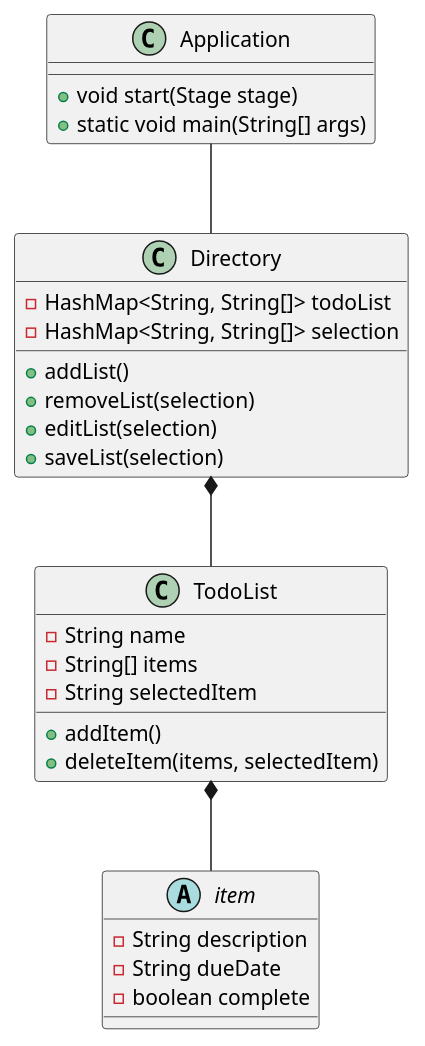
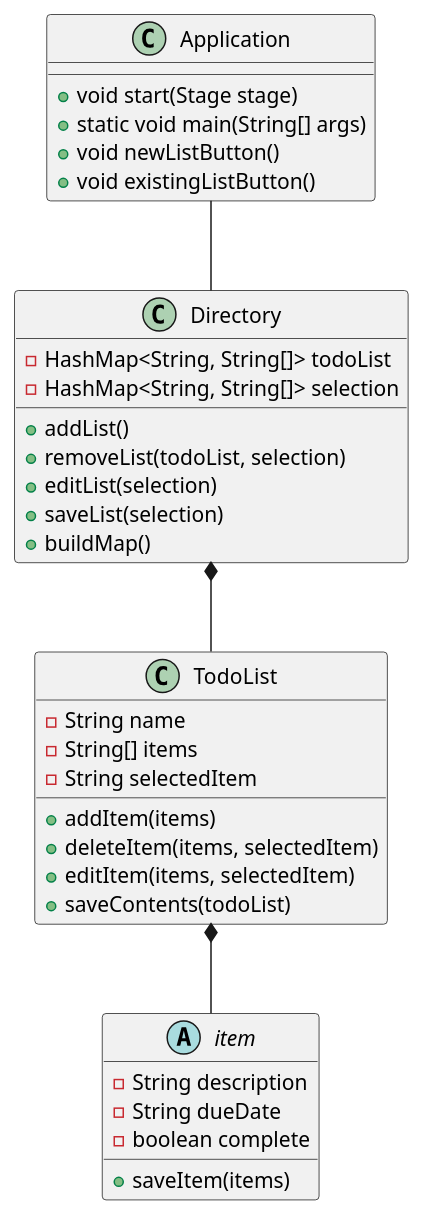
Before and after one commit to aidane1023/earnest-app1-design: the diagram in earnest-app1-design/docs/App1 UML.puml, drawn with PlantUML. The commit also changed 4 other files, not shown here.

```diff
--- a/earnest-app1-design/docs/App1 UML.puml
+++ b/earnest-app1-design/docs/App1 UML.puml
@@ -1,39 +1,45 @@
 @startuml
 
 class Application
 class Directory
 class TodoList
 abstract class  item
 
 Application -- Directory
 Directory *-- TodoList
 TodoList *-- item
 
 abstract class item {
     - String description
     - String dueDate
     - boolean complete
+    + saveItem(items)
 }
 
 class TodoList {
     - String name
     - String[] items
     - String selectedItem
-    + addItem()
+    + addItem(items)
     + deleteItem(items, selectedItem)
+    + editItem(items, selectedItem)
+    + saveContents(todoList)
 }
 
 class Directory {
     - HashMap<String, String[]> todoList
     - HashMap<String, String[]> selection
     + addList()
-    + removeList(selection)
+    + removeList(todoList, selection)
     + editList(selection)
     + saveList(selection)
+    + buildMap()
 }
 
 class Application {
     + void start(Stage stage)
     + static void main(String[] args)
+    + void newListButton()
+    + void existingListButton()
 }
 @enduml
```
